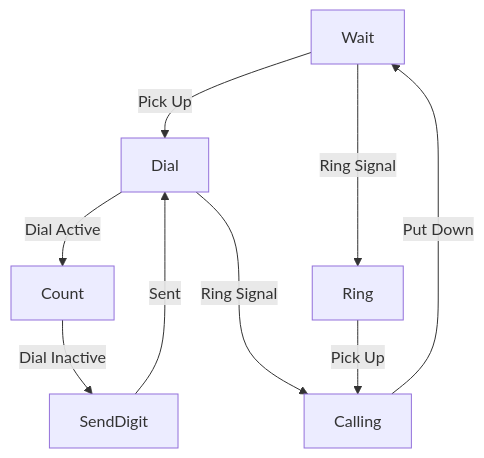
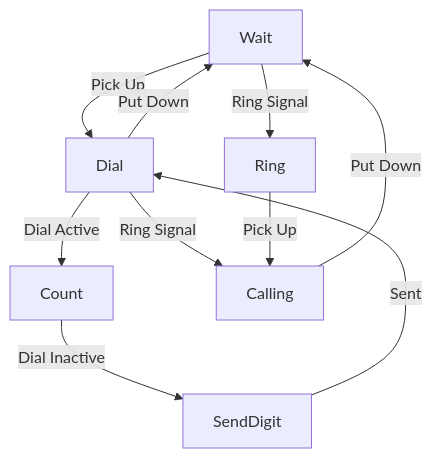
Before and after one commit to andy-preston/gpo-746-android: the diagram in src/avr/README.md, drawn with Mermaid.

Commit message:
forgot AVR readme

````diff
--- a/src/avr/README.md
+++ b/src/avr/README.md
@@ -13,11 +13,12 @@
 ```mermaid
 graph TD
     Wait -->|Pick Up| Dial
     Wait -->|Ring Signal| Ring
     Dial -->|Dial Active| Count
-    Dial --->|Ring Signal| Calling
+    Dial -->|Ring Signal| Calling
+    Dial -->|Put Down| Wait
     Count -->|Dial Inactive| SendDigit
     SendDigit -->|Sent| Dial
     Ring -->|Pick Up| Calling
     Calling -->|Put Down| Wait
 ```
````
